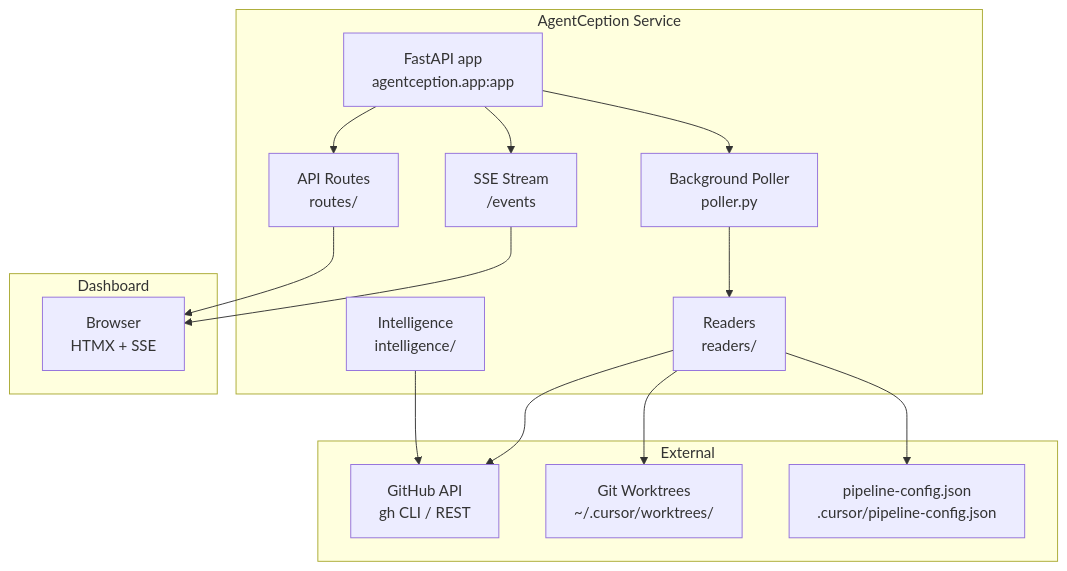
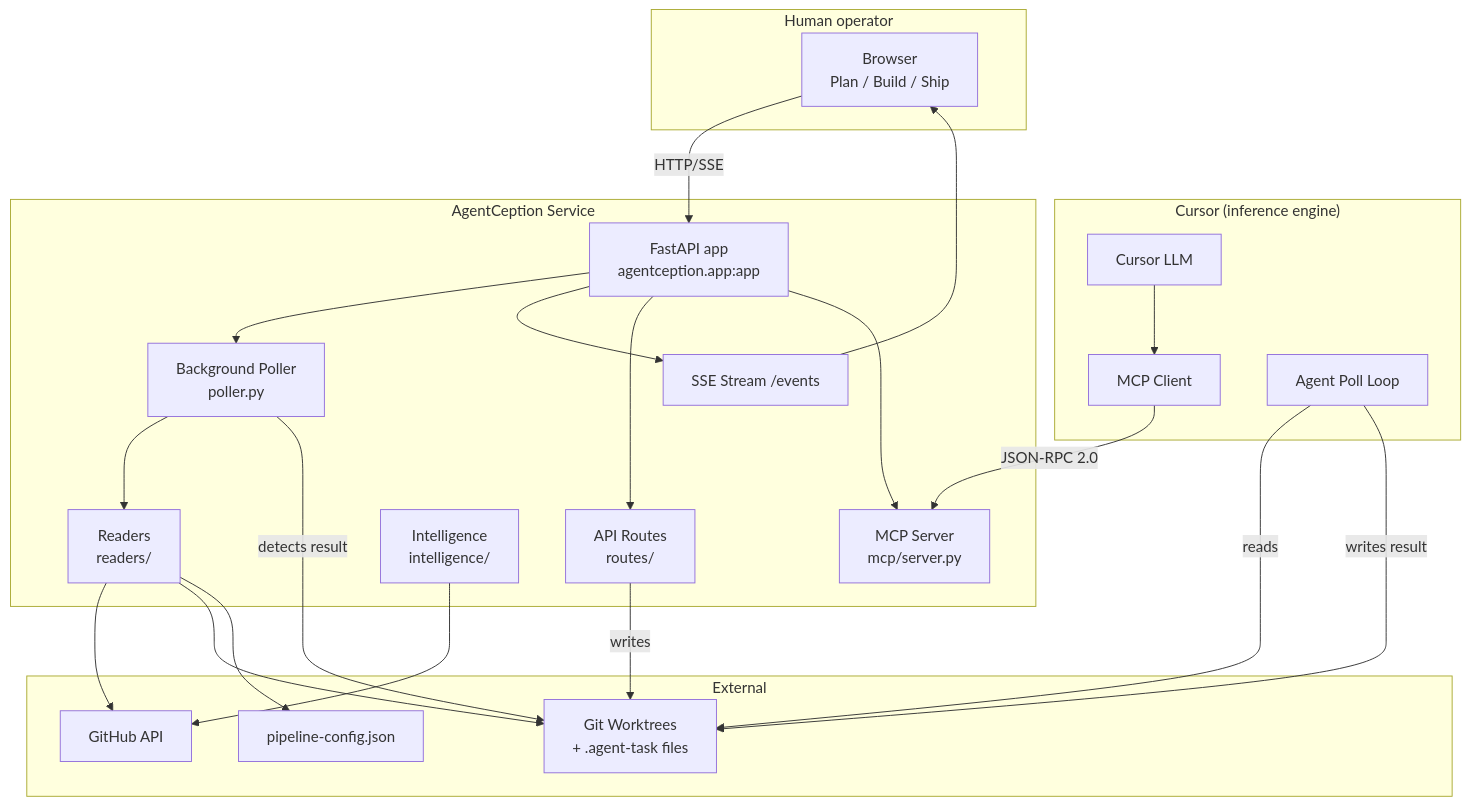
Before and after one commit to cgcardona/maestro.stori.audio: the diagram in agentception/README.md, drawn with Mermaid. The commit also changed other lines of this file, not shown here.

First line of the commit message:
docs(agentception): document MCP-native architecture and dual communication channels

````diff
--- a/agentception/README.md
+++ b/agentception/README.md
@@ -11,32 +89,47 @@
 ```mermaid
 graph TD
-    subgraph AgentCeption Service
+    subgraph "Human operator"
+        BROWSER[Browser\nPlan / Build / Ship]
+    end
+
+    subgraph "Cursor (inference engine)"
+        CURSOR_LLM[Cursor LLM]
+        CURSOR_MCP[MCP Client]
+        CURSOR_POLL[Agent Poll Loop]
+    end
+
+    subgraph "AgentCeption Service"
         APP[FastAPI app\nagentception.app:app]
         POLLER[Background Poller\npoller.py]
-        SSE[SSE Stream\n/events]
+        SSE[SSE Stream /events]
         ROUTES[API Routes\nroutes/]
+        MCP_SRV[MCP Server\nmcp/server.py]
         INTEL[Intelligence\nintelligence/]
         READERS[Readers\nreaders/]
     end
 
-    subgraph External
-        GH[GitHub API\ngh CLI / REST]
-        WT[Git Worktrees\n~/.cursor/worktrees/]
-        CFG[pipeline-config.json\n.cursor/pipeline-config.json]
+    subgraph "External"
+        GH[GitHub API]
+        WT[Git Worktrees\n+ .agent-task files]
+        CFG[pipeline-config.json]
     end
 
-    subgraph Dashboard
-        UI[Browser\nHTMX + SSE]
-    end
-
+    BROWSER -->|HTTP/SSE| APP
     APP --> POLLER
     APP --> SSE
     APP --> ROUTES
+    APP --> MCP_SRV
     POLLER --> READERS
     READERS --> GH
     READERS --> WT
     READERS --> CFG
     INTEL --> GH
-    SSE --> UI
-    ROUTES --> UI
+    SSE --> BROWSER
+
+    CURSOR_MCP -->|JSON-RPC 2.0| MCP_SRV
+    CURSOR_LLM --> CURSOR_MCP
+    CURSOR_POLL -->|reads| WT
+    CURSOR_POLL -->|writes result| WT
+    POLLER -->|detects result| WT
+    ROUTES -->|writes| WT
 ```
````
